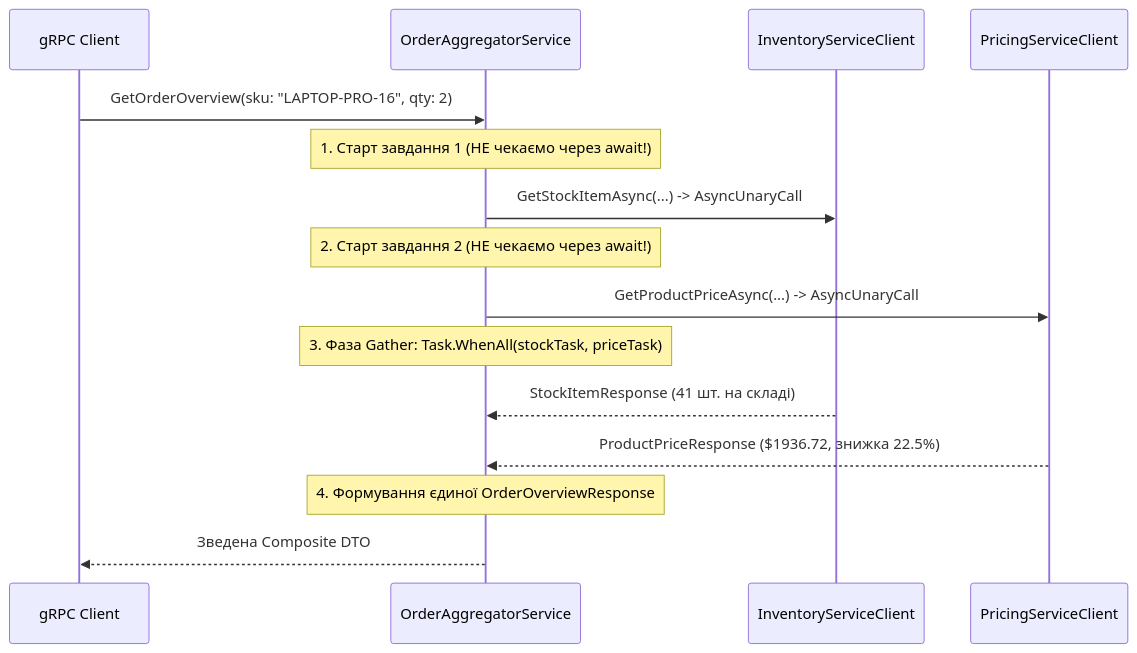
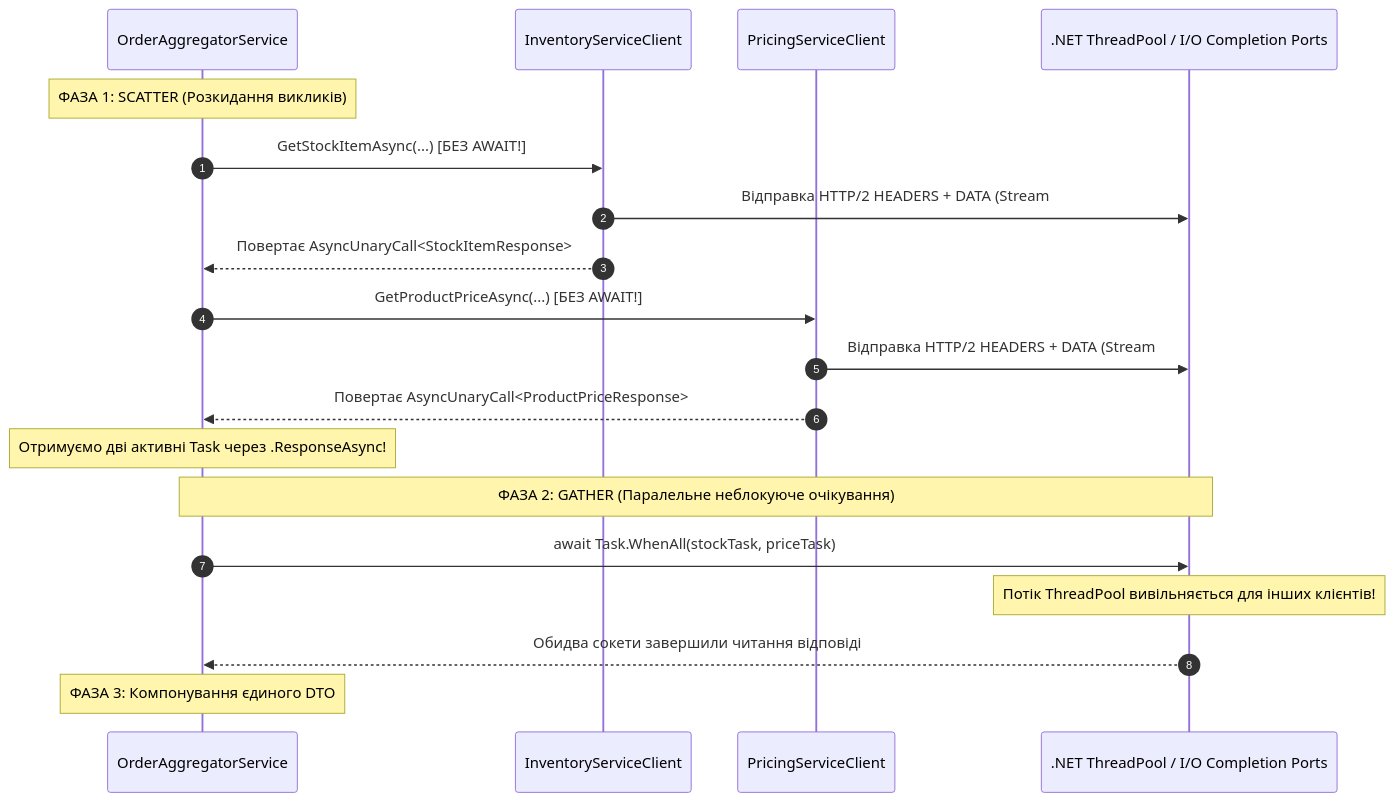
The third of 6 diagrams in docs/Mastery-05-Aggregator-Pattern.md (MrTomkaYurii/AspNet-gRPC-Mastery), drawn with Mermaid before and after one commit. The commit also changed other lines of this file and 1 other file, not shown here.

Commit message:
docs(guides): add comprehensive diagrams, latency waterfalls, and line-by-line pedagogical code walkthroughs for REST vs gRPC and Aggregator Pattern

````diff
--- a/docs/Mastery-05-Aggregator-Pattern.md
+++ b/docs/Mastery-05-Aggregator-Pattern.md
@@ -94,20 +145,26 @@
 ```mermaid
 sequenceDiagram
-    participant Client as gRPC Client
-    participant Aggregator as OrderAggregatorService
+    autonumber
+    participant App as OrderAggregatorService
     participant InvClient as InventoryServiceClient
     participant PriceClient as PricingServiceClient
+    participant TP as .NET ThreadPool / I/O Completion Ports
 
-    Client->>Aggregator: GetOrderOverview(sku: "LAPTOP-PRO-16", qty: 2)
-    Note over Aggregator: 1. Старт завдання 1 (НЕ чекаємо через await!)
-    Aggregator->>InvClient: GetStockItemAsync(...) -> AsyncUnaryCall
-    Note over Aggregator: 2. Старт завдання 2 (НЕ чекаємо через await!)
-    Aggregator->>PriceClient: GetProductPriceAsync(...) -> AsyncUnaryCall
+    Note over App: ФАЗА 1: SCATTER (Розкидання викликів)
+    App->>InvClient: GetStockItemAsync(...) [БЕЗ AWAIT!]
+    InvClient->>TP: Відправка HTTP/2 HEADERS + DATA (Stream #1)
+    InvClient-->>App: Повертає AsyncUnaryCall<StockItemResponse>
+
+    App->>PriceClient: GetProductPriceAsync(...) [БЕЗ AWAIT!]
+    PriceClient->>TP: Відправка HTTP/2 HEADERS + DATA (Stream #3)
+    PriceClient-->>App: Повертає AsyncUnaryCall<ProductPriceResponse>
+
+    Note over App: Отримуємо дві активні Task через .ResponseAsync!
     
-    Note over Aggregator: 3. Фаза Gather: Task.WhenAll(stockTask, priceTask)
-    InvClient-->>Aggregator: StockItemResponse (41 шт. на складі)
-    PriceClient-->>Aggregator: ProductPriceResponse ($1936.72, знижка 22.5%)
-
-    Note over Aggregator: 4. Формування єдиної OrderOverviewResponse
-    Aggregator-->>Client: Зведена Composite DTO
+    Note over App,TP: ФАЗА 2: GATHER (Паралельне неблокуюче очікування)
+    App->>TP: await Task.WhenAll(stockTask, priceTask)
+    Note over TP: Потік ThreadPool вивільняється для інших клієнтів!
+    
+    TP-->>App: Обидва сокети завершили читання відповіді
+    Note over App: ФАЗА 3: Компонування єдиного DTO
 ```
````
